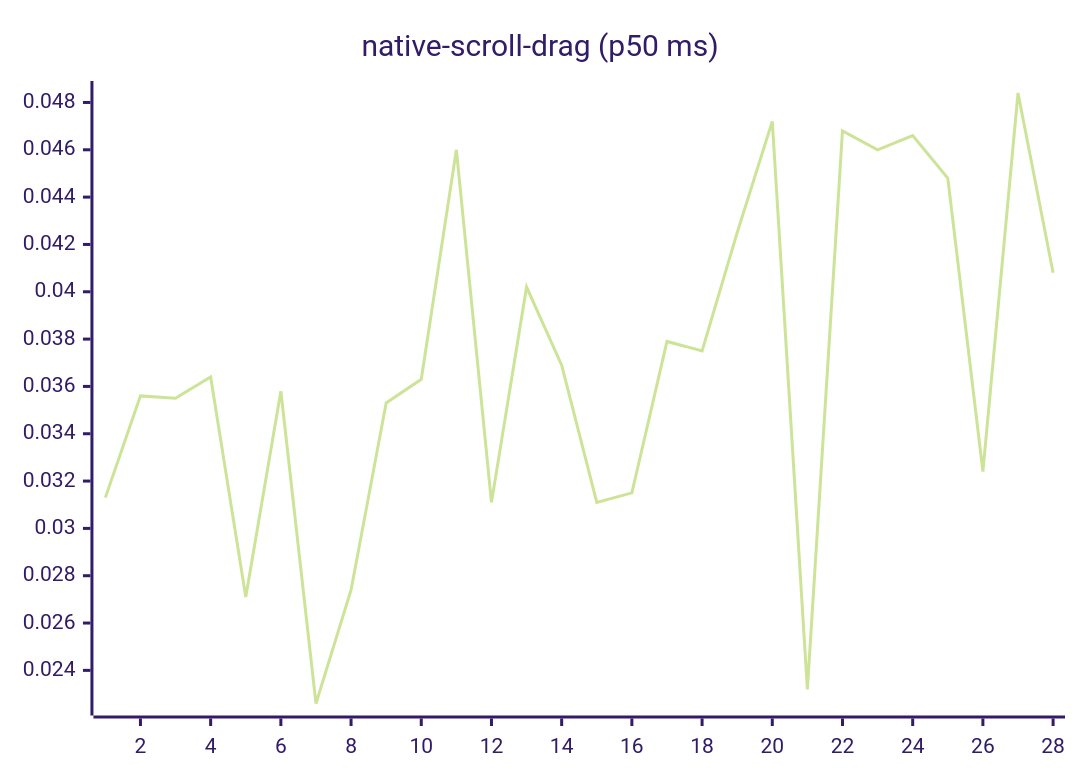
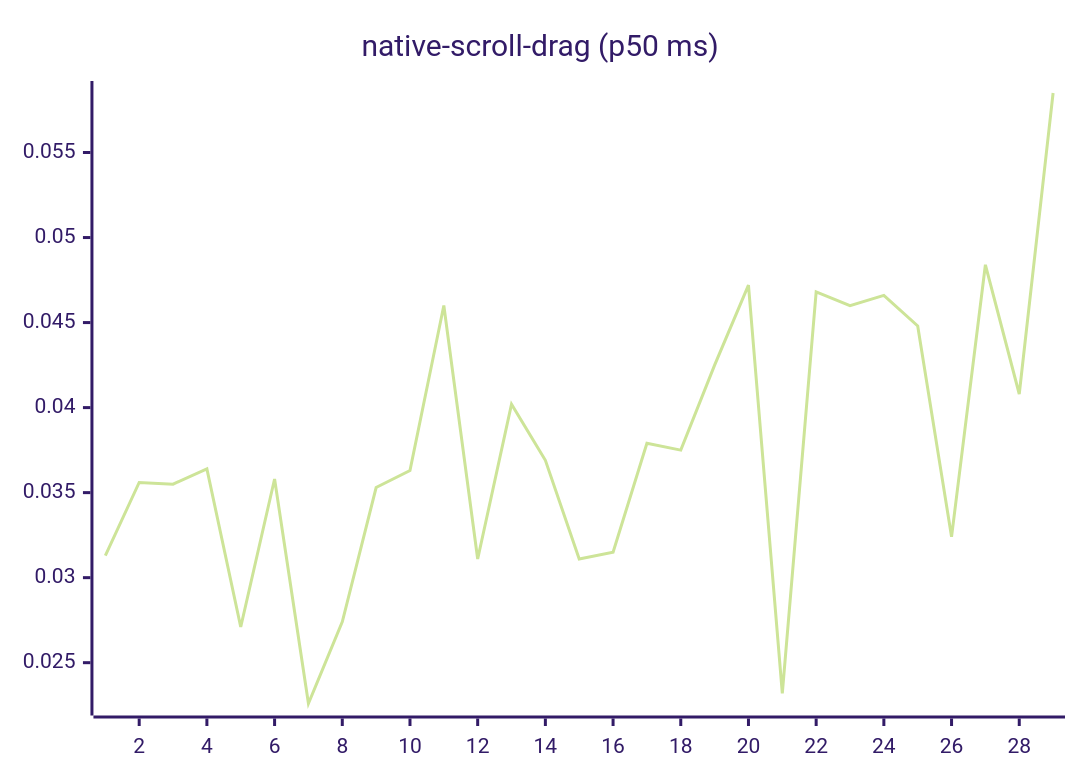
Before and after one commit to josha/Facet: diagram 14 of 27 in README.md, drawn with Mermaid (forest theme). The commit also changed other lines of this file and 2 other files, not shown here.

````diff
--- a/README.md
+++ b/README.md
@@ -154,6 +154,6 @@
 ```mermaid
 xychart-beta
     title "native-scroll-drag (p50 ms)"
-    x-axis 1 --> 28
-    line [0.0313, 0.0356, 0.0355, 0.0364, 0.0271, 0.0358, 0.0226, 0.0274, 0.0353, 0.0363, 0.0460, 0.0311, 0.0402, 0.0369, 0.0311, 0.0315, 0.0379, 0.0375, 0.0425, 0.0472, 0.0232, 0.0468, 0.0460, 0.0466, 0.0448, 0.0324, 0.0484, 0.0408]
+    x-axis 1 --> 29
+    line [0.0313, 0.0356, 0.0355, 0.0364, 0.0271, 0.0358, 0.0226, 0.0274, 0.0353, 0.0363, 0.0460, 0.0311, 0.0402, 0.0369, 0.0311, 0.0315, 0.0379, 0.0375, 0.0425, 0.0472, 0.0232, 0.0468, 0.0460, 0.0466, 0.0448, 0.0324, 0.0484, 0.0408, 0.0585]
 ```
````
